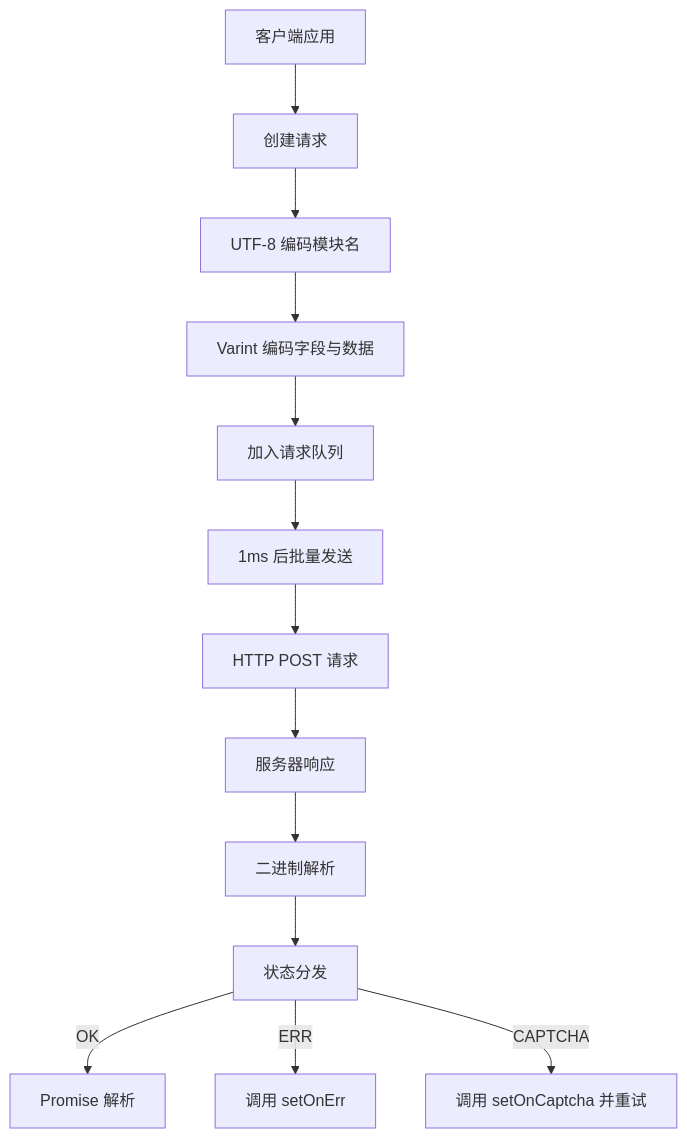
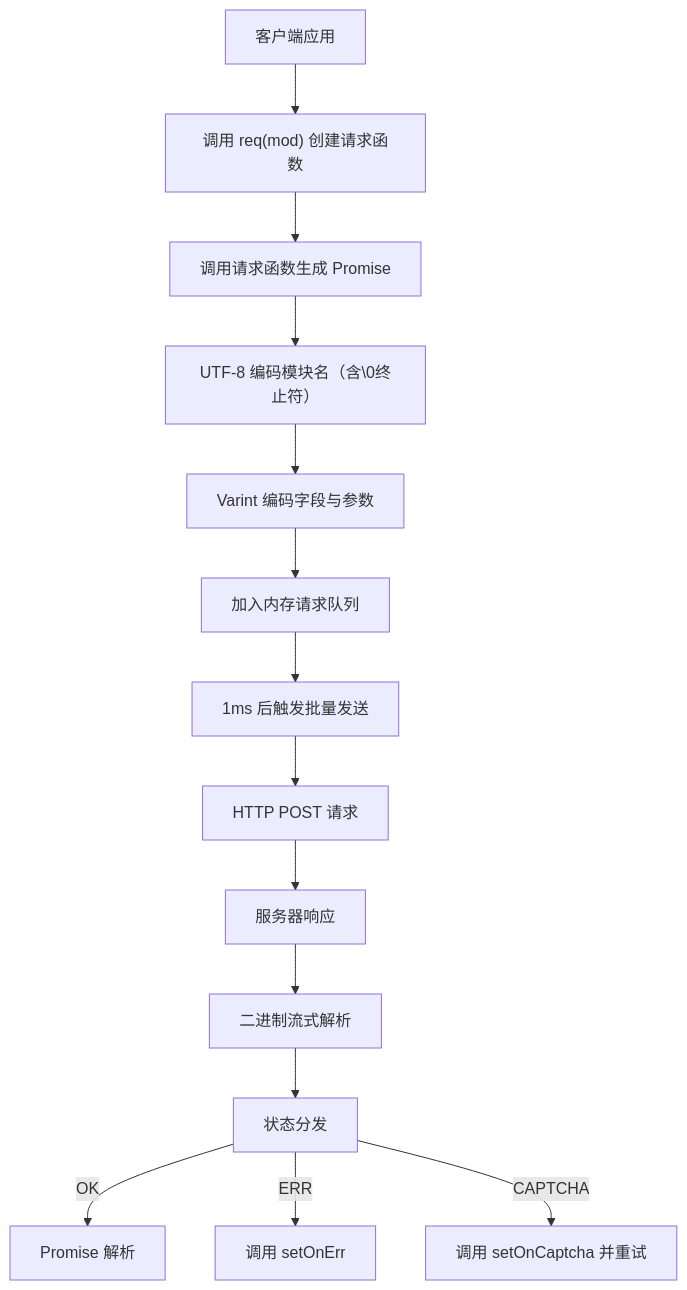
The second of 2 diagrams in protoapi/README.md (webc-site/npm), drawn with Mermaid before and after one commit. The commit also changed other lines of this file and 3 other files, not shown here.

````diff
--- a/protoapi/README.md
+++ b/protoapi/README.md
@@ -179,15 +180,16 @@
 ```mermaid
 graph TD
-  A[客户端应用] --> B[创建请求]
-  B --> C[UTF-8 编码模块名]
-  C --> D[Varint 编码字段与数据]
-  D --> E[加入请求队列]
-  E --> F[1ms 后批量发送]
-  F --> G[HTTP POST 请求]
-  G --> H[服务器响应]
-  H --> I[二进制解析]
-  I --> J[状态分发]
-  J -->|OK| K[Promise 解析]
-  J -->|ERR| L[调用 setOnErr]
-  J -->|CAPTCHA| M[调用 setOnCaptcha 并重试]
+  A["客户端应用"] --> B["调用 req(mod) 创建请求函数"]
+  B --> C["调用请求函数生成 Promise"]
+  C --> D["UTF-8 编码模块名（含\0终止符）"]
+  D --> E["Varint 编码字段与参数"]
+  E --> F["加入内存请求队列"]
+  F --> G["1ms 后触发批量发送"]
+  G --> H["HTTP POST 请求"]
+  H --> I["服务器响应"]
+  I --> J["二进制流式解析"]
+  J --> K["状态分发"]
+  K -->|OK| L["Promise 解析"]
+  K -->|ERR| M["调用 setOnErr"]
+  K -->|CAPTCHA| N["调用 setOnCaptcha 并重试"]
 ```
````
